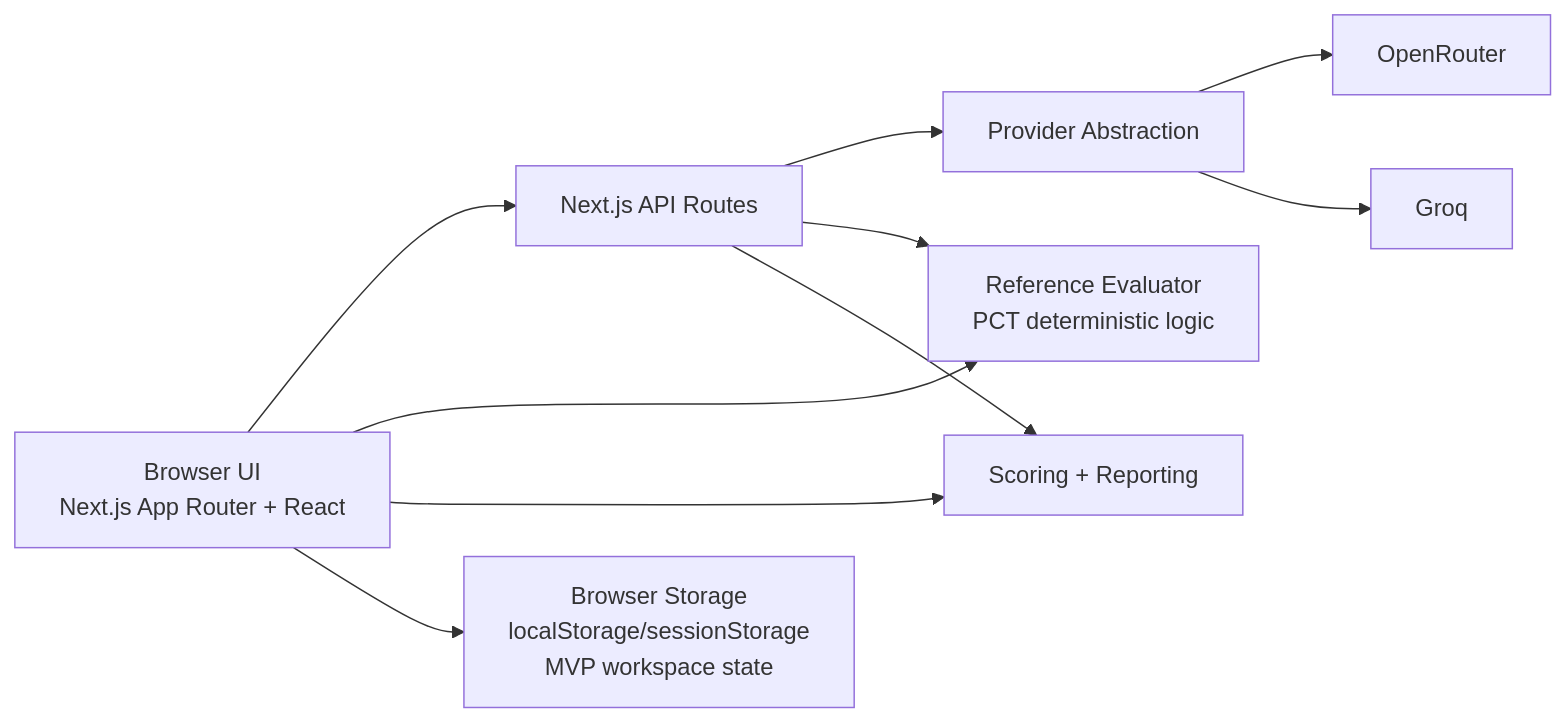
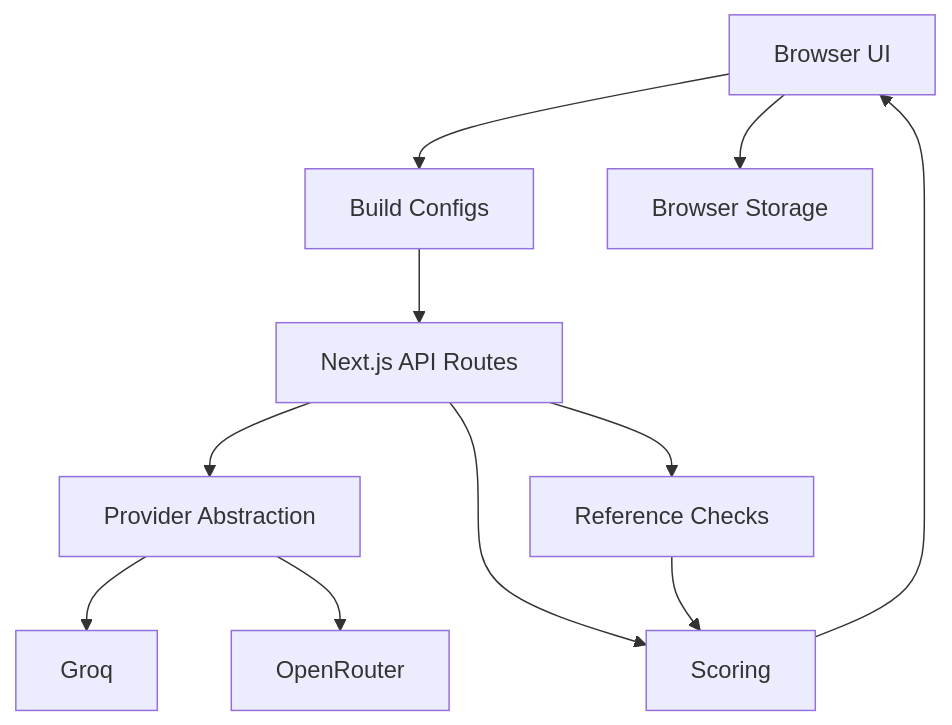
The diagram in README.md (omaewamoushindei/llm-workflow-benchmark-lab), drawn with Mermaid before and after one commit. The commit also changed other lines of this file and 7 other files, not shown here.

````diff
--- a/README.md
+++ b/README.md
@@ -35,14 +35,13 @@
 ```mermaid
-flowchart LR
-  Browser[Browser UI<br/>Next.js App Router + React] --> Api[Next.js API Routes]
-  Api --> ProviderLayer[Provider Abstraction]
-  ProviderLayer --> OpenRouter[OpenRouter]
-  ProviderLayer --> Groq[Groq]
-
-  Browser --> Reference[Reference Evaluator<br/>PCT deterministic logic]
-  Browser --> Scoring[Scoring + Reporting]
-  Api --> Reference
-  Api --> Scoring
-
-  Browser --> Storage[Browser Storage<br/>localStorage/sessionStorage<br/>MVP workspace state]
+flowchart TD
+  U[Browser UI] --> C[Build Configs]
+  C --> A[Next.js API Routes]
+  A --> P[Provider Abstraction]
+  P --> G[Groq]
+  P --> O[OpenRouter]
+  A --> R[Reference Checks]
+  A --> S[Scoring]
+  R --> S
+  S --> U
+  U --> B[Browser Storage]
 ```
````
